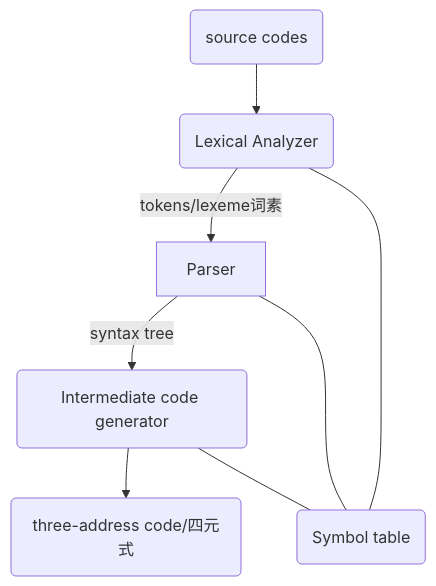
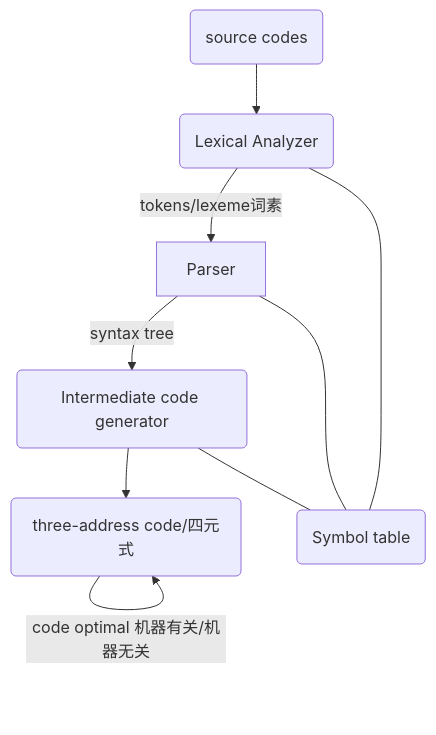
The second of 2 diagrams in 编译原理学习笔记.md (DCMMC/Notes), drawn with Mermaid before and after one commit.

Commit message:
修改文件: 编译原理学习笔记.md

````diff
--- a/编译原理学习笔记.md
+++ b/编译原理学习笔记.md
@@ -60,10 +60,11 @@
 ```mermaid!
 graph TD;
 	id0(source codes)-->id1(Lexical Analyzer);
 	id1(Lexical Analyzer)-- tokens/lexeme词素 -->Parser;
 	Parser-- syntax tree -->id2(Intermediate code generator);
 	id2--> id3(three-address code/四元式);
 	id1---id4(Symbol table);
 	Parser---id4;
 	id2---id4;
+	id3-- code optimal 机器有关/机器无关 --> id3;
 ```
````
